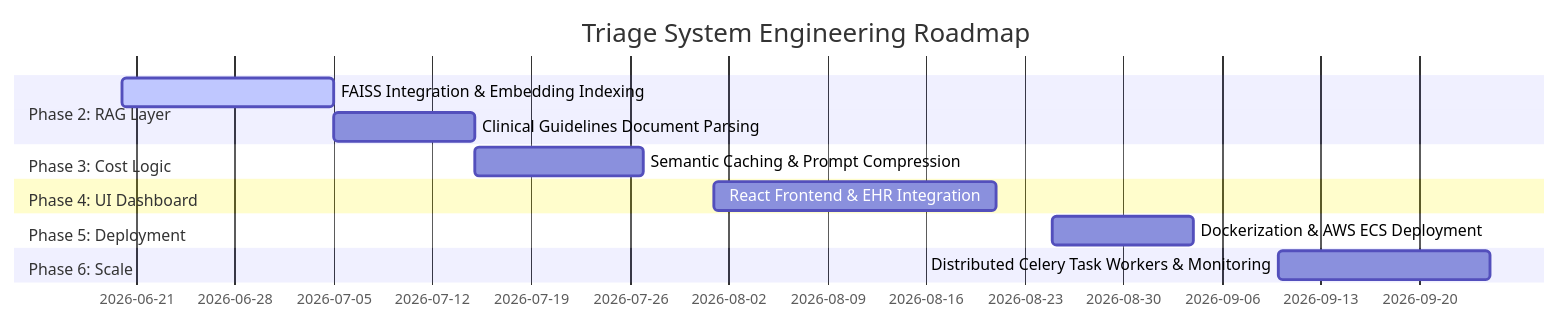
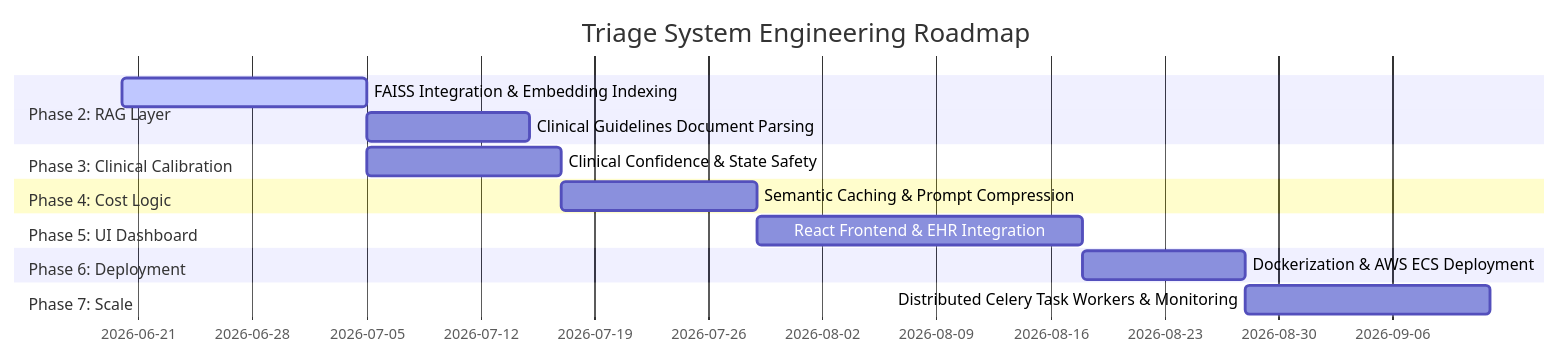
One commit to debanganghosh08/stance-health-assignment changed the second of 2 diagrams in README.md. Above: the diagram before and after it, drawn with Mermaid. The commit also changed other lines of this file and 47 other files, not shown here.

Commit message:
feat: implement production-grade phase 2.5 clinical safety and advanced RAG architecture

````diff
--- a/README.md
+++ b/README.md
@@ -346,16 +480,18 @@
 ```mermaid
 gantt
     title Triage System Engineering Roadmap
     dateFormat  YYYY-MM-DD
     section Phase 2: RAG Layer
     FAISS Integration & Embedding Indexing     :active, des1, 2026-06-20, 15d
     Clinical Guidelines Document Parsing      : des2, after des1, 10d
-    section Phase 3: Cost Logic
-    Semantic Caching & Prompt Compression     : des3, 2026-07-15, 12d
-    section Phase 4: UI Dashboard
-    React Frontend & EHR Integration          : des4, 2026-08-01, 20d
-    section Phase 5: Deployment
-    Dockerization & AWS ECS Deployment        : des5, 2026-08-25, 10d
-    section Phase 6: Scale
-    Distributed Celery Task Workers & Monitoring : des6, 2026-09-10, 15d
+    section Phase 3: Clinical Calibration
+    Clinical Confidence & State Safety        : des3, 2026-07-05, 12d
+    section Phase 4: Cost Logic
+    Semantic Caching & Prompt Compression     : des4, after des3, 12d
+    section Phase 5: UI Dashboard
+    React Frontend & EHR Integration          : des5, after des4, 20d
+    section Phase 6: Deployment
+    Dockerization & AWS ECS Deployment        : des6, after des5, 10d
+    section Phase 7: Scale
+    Distributed Celery Task Workers & Monitoring : des7, after des6, 15d
 ```
````
